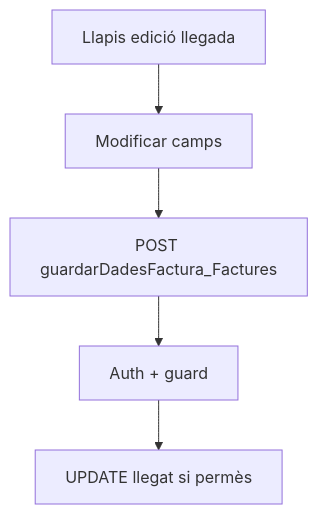
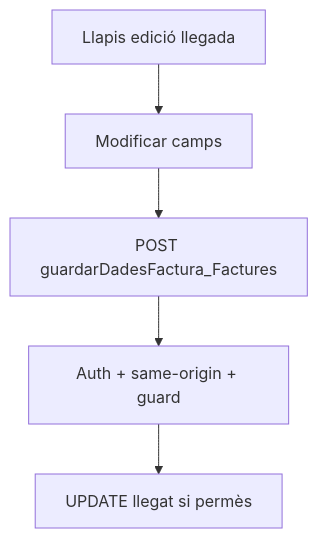
One commit to orgmeriemprismacat-del/verifactu changed the third of 13 diagrams in documentacio/07-uml-integrat/uc-005-activitats-pagines-actual-final.md. Above: the diagram before and after it, drawn with Mermaid. The commit also changed other lines of this file, not shown here.

````diff
--- a/documentacio/07-uml-integrat/uc-005-activitats-pagines-actual-final.md
+++ b/documentacio/07-uml-integrat/uc-005-activitats-pagines-actual-final.md
@@ -30,7 +33,7 @@
 ```mermaid
 flowchart TD
 A[Llapis edició llegada] --> B[Modificar camps]
 B --> C[POST guardarDadesFactura_Factures]
-C --> D[Auth + guard]
+C --> D[Auth + same-origin + guard]
 D --> E[UPDATE llegat si permès]
 ```
````
